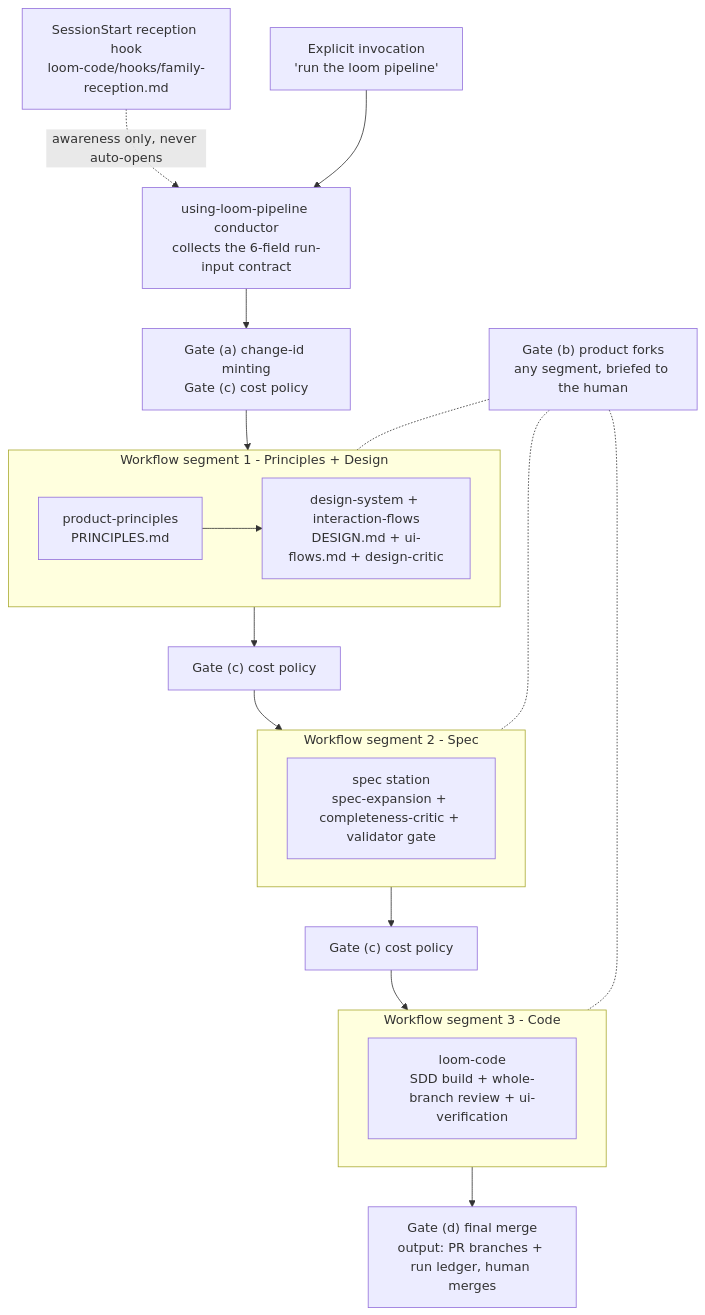
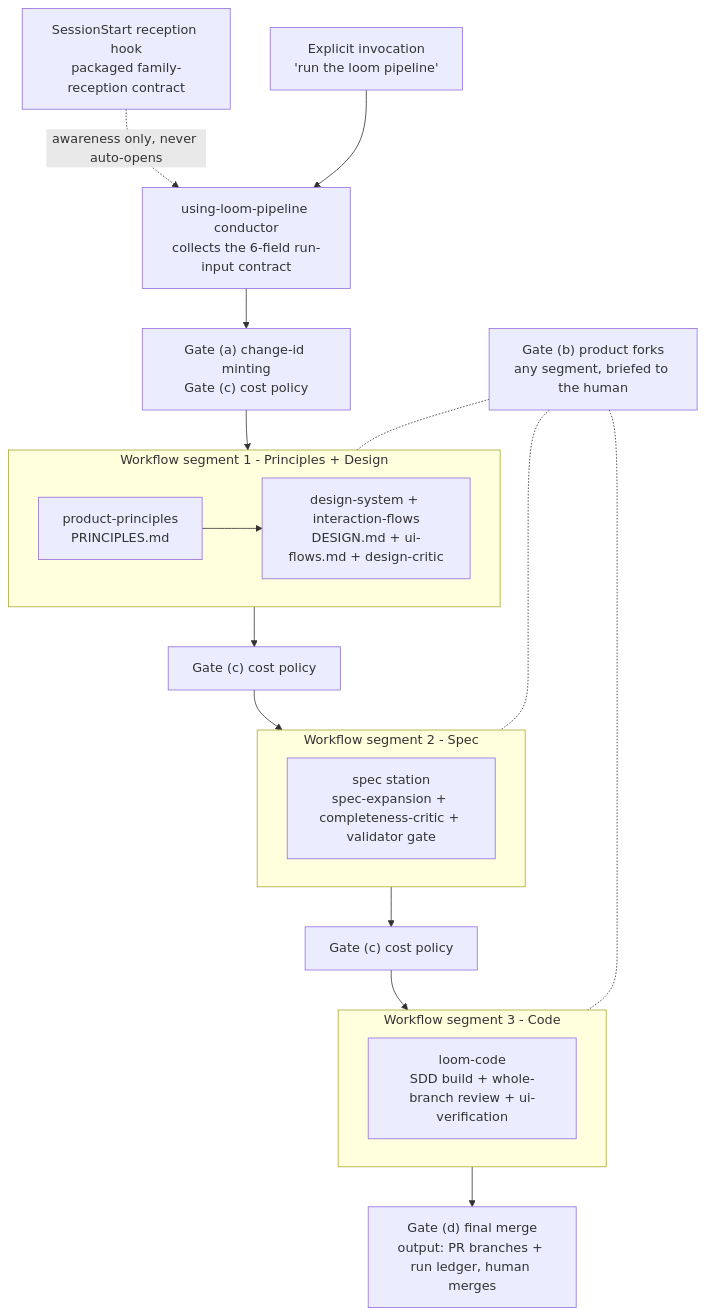
One commit to keweikao/monkey-skills changed the diagram in loom-design/README.md. Above: the diagram before and after it, drawn with Mermaid. The commit also changed other lines of this file and 80 other files, not shown here.

````diff
--- a/loom-design/README.md
+++ b/loom-design/README.md
@@ -56,21 +56,21 @@
 ```mermaid
 flowchart TD
-    RH["SessionStart reception hook<br/>loom-code/hooks/family-reception.md"] -.->|awareness only, never auto-opens| CON
+    RH["SessionStart reception hook<br/>packaged family-reception contract"] -.->|awareness only, never auto-opens| CON
     INV["Explicit invocation<br/>'run the loom pipeline'"] --> CON
     CON["using-loom-pipeline conductor<br/>collects the 6-field run-input contract"]
     CON --> GAC["Gate (a) change-id minting<br/>Gate (c) cost policy"]
     GAC --> SEG1
     subgraph SEG1["Workflow segment 1 - Principles + Design"]
         PP["product-principles<br/>PRINCIPLES.md"] --> IXD["design-system + interaction-flows<br/>DESIGN.md + ui-flows.md + design-critic"]
     end
     SEG1 --> GC2["Gate (c) cost policy"] --> SEG2
     subgraph SEG2["Workflow segment 2 - Spec"]
         SPC["spec station<br/>spec-expansion + completeness-critic + validator gate"]
     end
     SEG2 --> GC3["Gate (c) cost policy"] --> SEG3
     subgraph SEG3["Workflow segment 3 - Code"]
         CODE["loom-code<br/>SDD build + whole-branch review + ui-verification"]
     end
     SEG3 --> GD["Gate (d) final merge<br/>output: PR branches + run ledger, human merges"]
     GB["Gate (b) product forks<br/>any segment, briefed to the human"] -.- SEG1 & SEG2 & SEG3
 ```
````
